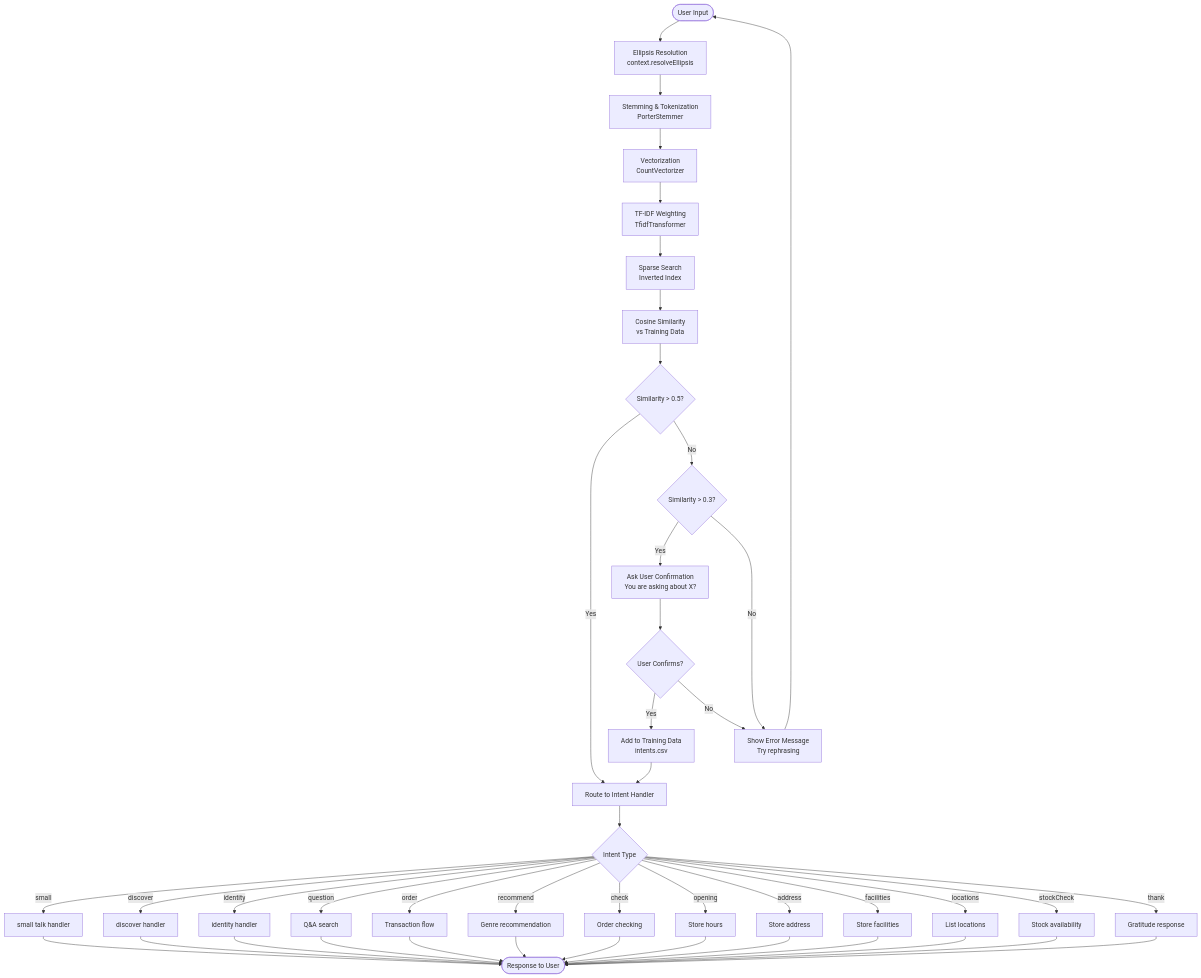
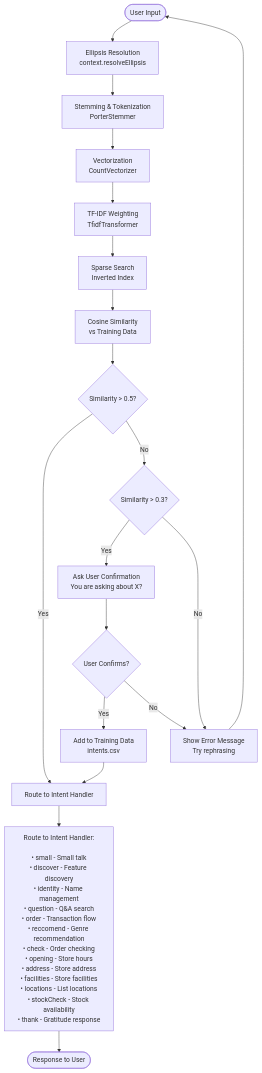
Before and after one commit to jamesdeal89/HAICW: the second of 11 diagrams in diagrams.md, drawn with Mermaid. The commit also changed other lines of this file and 45 other files, not shown here.

Commit message:
Finalise comments, nicely add titles to each file. update diagrams

````diff
--- a/diagrams.md
+++ b/diagrams.md
@@ -42,51 +44,26 @@
 ```mermaid
 flowchart TD
     START([User Input]) --> ELLIPSIS[Ellipsis Resolution<br/>context.resolveEllipsis]
     ELLIPSIS --> STEM[Stemming & Tokenization<br/>PorterStemmer]
     STEM --> VECTOR[Vectorization<br/>CountVectorizer]
     VECTOR --> TFIDF[TF-IDF Weighting<br/>TfidfTransformer]
     TFIDF --> INVERTED[Sparse Search<br/>Inverted Index]
     INVERTED --> COSINE[Cosine Similarity<br/>vs Training Data]
     COSINE --> THRESHOLD{Similarity > 0.5?}
   
     THRESHOLD -->|Yes| ROUTE[Route to Intent Handler]
     THRESHOLD -->|No| CONFIRM{Similarity > 0.3?}
   
     CONFIRM -->|Yes| ASK[Ask User Confirmation<br/>You are asking about X?]
     ASK --> USERCONF{User Confirms?}
     USERCONF -->|Yes| ADDDATA[Add to Training Data<br/>intents.csv]
     ADDDATA --> ROUTE
     USERCONF -->|No| ERROR[Show Error Message<br/>Try rephrasing]
   
     CONFIRM -->|No| ERROR
     ERROR --> START
   
-    ROUTE --> HANDLER{Intent Type}
-    HANDLER -->|small| SMALL[small talk handler]
-    HANDLER -->|discover| DISCOVER[discover handler]
-    HANDLER -->|identity| IDENTITY[identity handler]
-    HANDLER -->|question| QA[Q&A search]
-    HANDLER -->|order| ORDER[Transaction flow]
-    HANDLER -->|recommend| RECOMMEND[Genre recommendation]
-    HANDLER -->|check| CHECK[Order checking]
-    HANDLER -->|opening| OPENING[Store hours]
-    HANDLER -->|address| ADDRESS[Store address]
-    HANDLER -->|facilities| FACILITIES[Store facilities]
-    HANDLER -->|locations| LOCATIONS[List locations]
-    HANDLER -->|stockCheck| STOCK[Stock availability]
-    HANDLER -->|thank| THANK[Gratitude response]
+    ROUTE --> HANDLER["Route to Intent Handler:<br/><br/>• small - Small talk<br/>• discover - Feature discovery<br/>• identity - Name management<br/>• question - Q&A search<br/>• order - Transaction flow<br/>• reccomend - Genre recommendation<br/>• check - Order checking<br/>• opening - Store hours<br/>• address - Store address<br/>• facilities - Store facilities<br/>• locations - List locations<br/>• stockCheck - Stock availability<br/>• thank - Gratitude response"]
   
-    SMALL --> END([Response to User])
-    DISCOVER --> END
-    IDENTITY --> END
-    QA --> END
-    ORDER --> END
-    RECOMMEND --> END
-    CHECK --> END
-    OPENING --> END
-    ADDRESS --> END
-    FACILITIES --> END
-    LOCATIONS --> END
-    STOCK --> END
-    THANK --> END
+    HANDLER --> END([Response to User])
 ```
````
